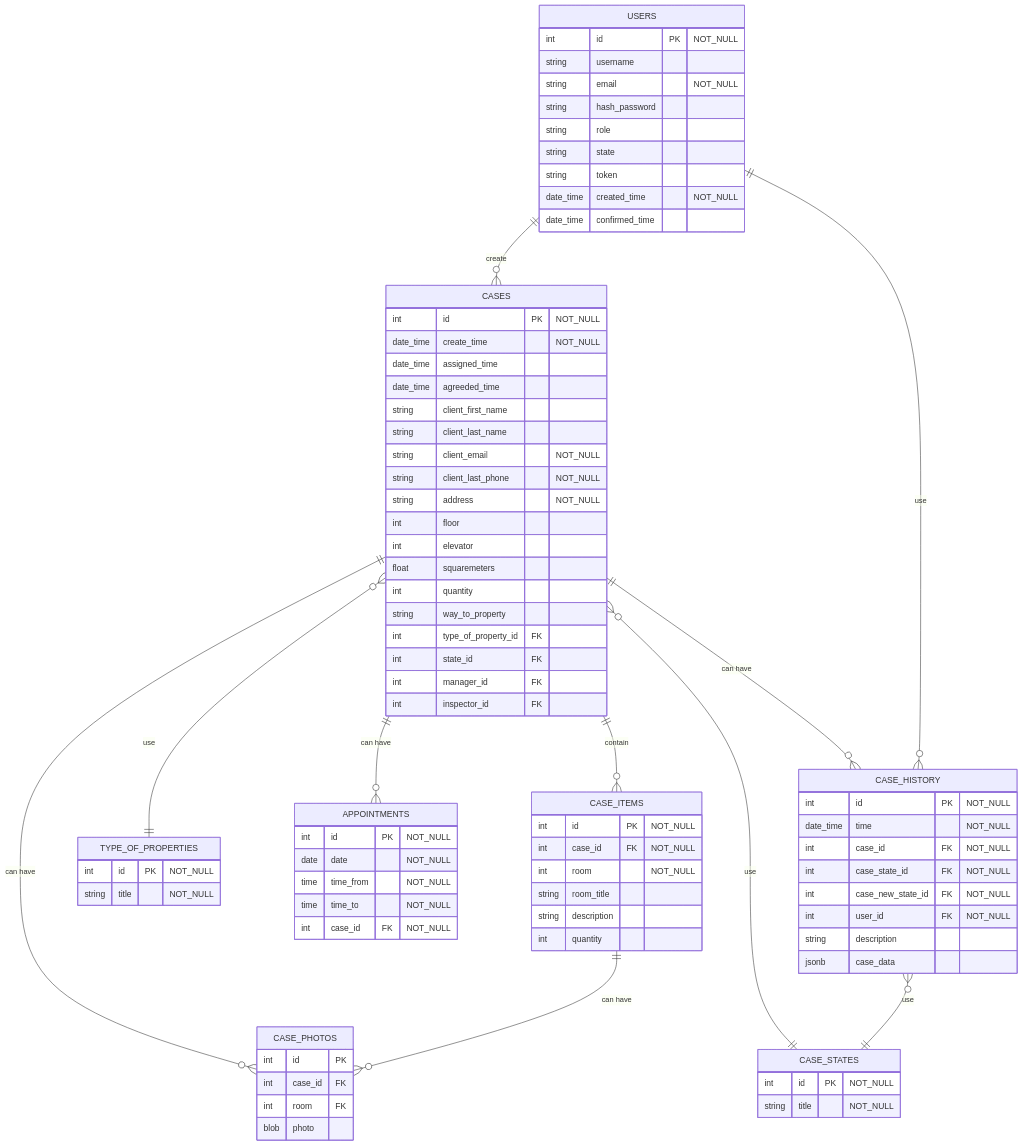
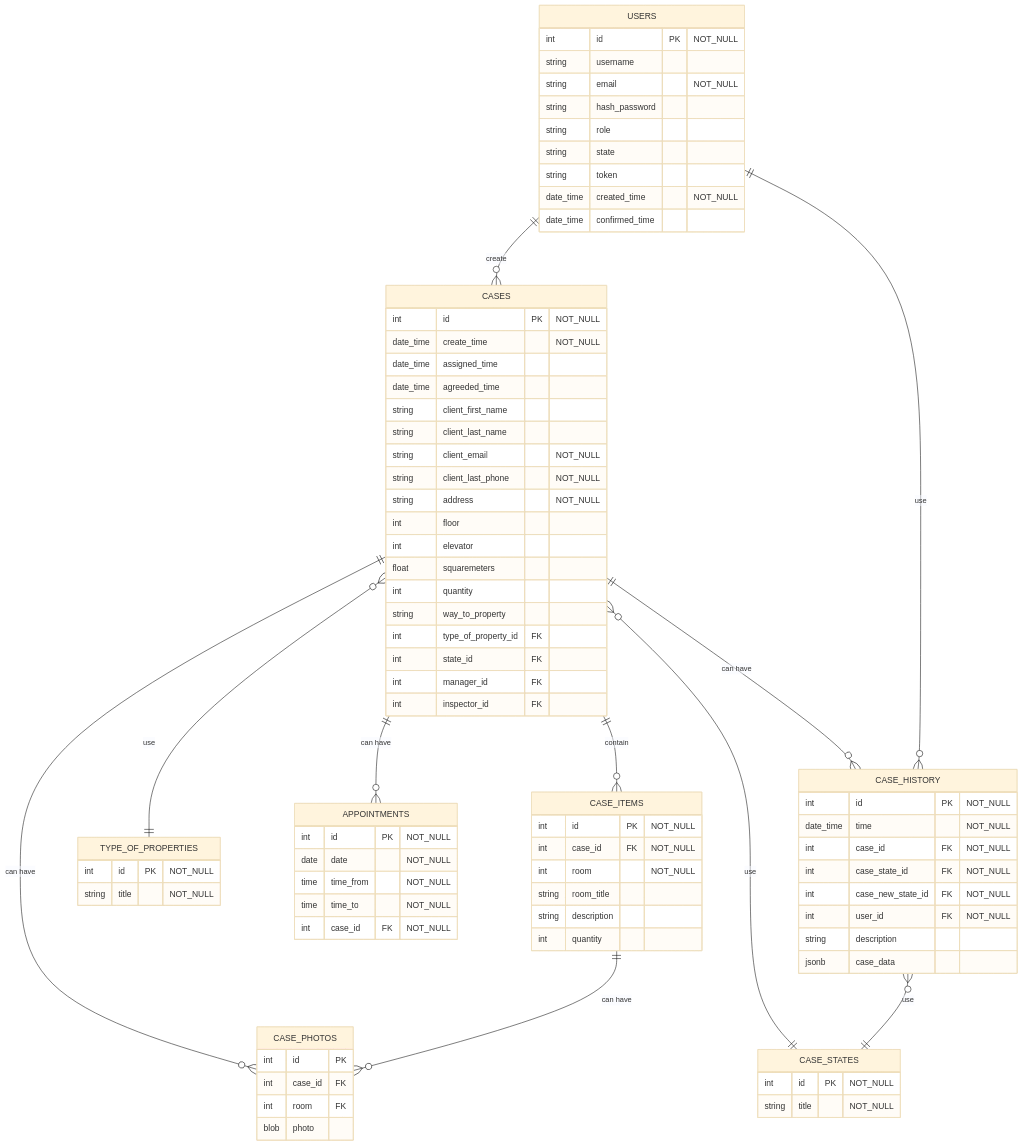
The sixth of 6 diagrams in README.md (WildCodeSchool/2022-07-EN-Berlin-Remote1-Project3Planning), drawn with Mermaid before and after one commit.

Commit message:
changed theme for erDiagram

````diff
--- a/README.md
+++ b/README.md
@@ -288,4 +288,6 @@
 ```mermaid
+
+%%{init: {'theme':'base'}}%%
 erDiagram
     
     USERS ||--o{ CASES : create
````
